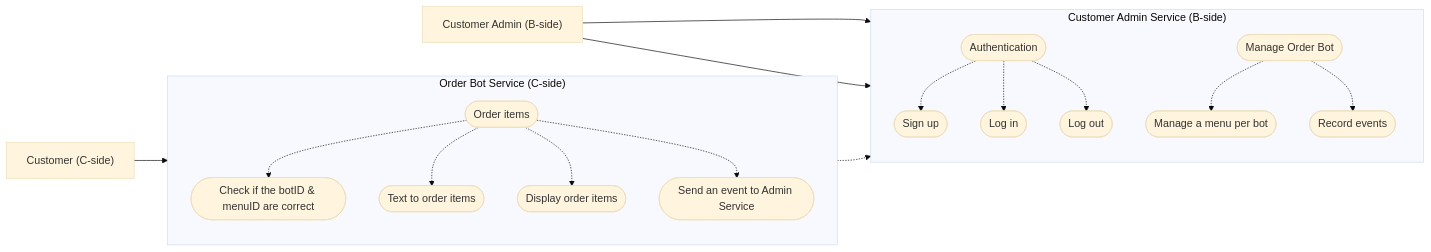
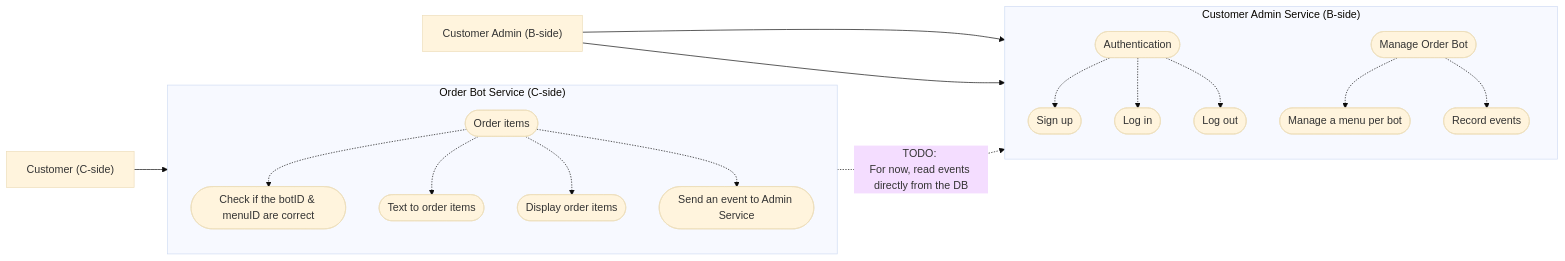
Before and after one commit to RockkLee/order-bot: the diagram in doc/use-case-diagram.md, drawn with Mermaid (base theme). The commit also changed 3 other files, not shown here.

````diff
--- a/doc/use-case-diagram.md
+++ b/doc/use-case-diagram.md
@@ -2,46 +2,46 @@
 ```mermaid
 flowchart LR
 
   Admin["Customer Admin (B-side)"]
   Customer["Customer (C-side)"]
 
   direction LR
 
   subgraph CAS["Customer Admin Service (B-side)"]
     direction TB
     UC_Auth(["Authentication"])
     UC_Signup(["Sign up"])
     UC_Login(["Log in"])
     UC_Logout(["Log out"])
     UC_ManageBot(["Manage Order Bot"])
     UC_ImportMenu(["Manage a menu per bot"])
     UC_RecordEvents(["Record events"])
   end
 
   subgraph OBS["Order Bot Service (C-side)"]
     direction TB
     UC_OrderItems(["Order items"])
     UC_BotValidation(["Check if the botID & menuID are correct"])
     UC_TextToItems(["Text to order items"])
     UC_DisplayItems(["Display order items"])
     UC_SendEvent(["Send an event to Admin Service"])
   end
 
   Admin --> UC_Auth
   UC_Auth -.-> UC_Signup
   UC_Auth -.-> UC_Login
   UC_Auth -.-> UC_Logout
   Admin --> UC_ManageBot
   UC_ManageBot -.-> UC_ImportMenu
   UC_ManageBot -.-> UC_RecordEvents
 
   Customer --> UC_OrderItems
 
   UC_OrderItems -.-> UC_BotValidation
   UC_OrderItems -.-> UC_TextToItems
   UC_OrderItems -.-> UC_DisplayItems
   UC_OrderItems -.-> UC_SendEvent
 
-  UC_SendEvent -.-> UC_RecordEvents
+  UC_SendEvent -.-> |TODO: <br>For now, read events directly from the DB| UC_RecordEvents
 
 ```
````
